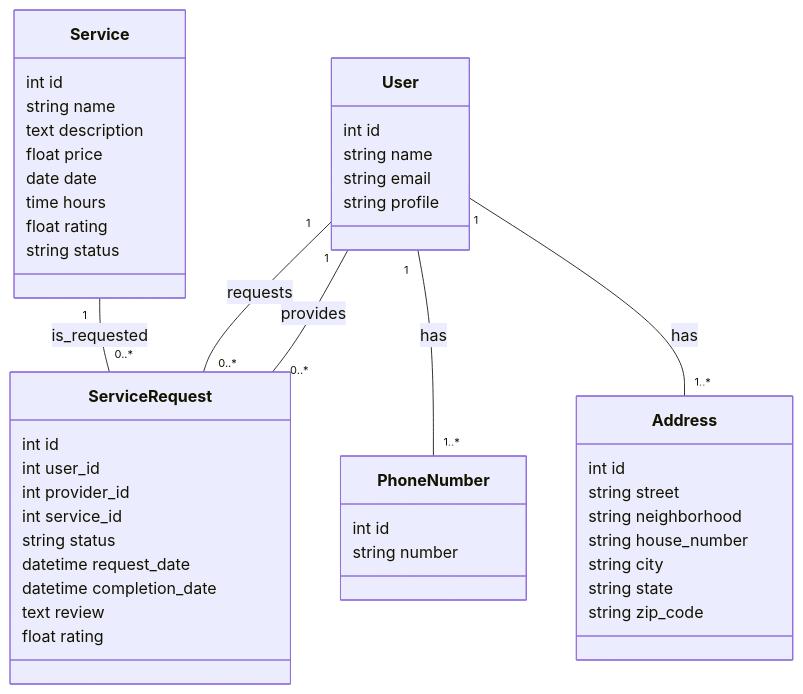
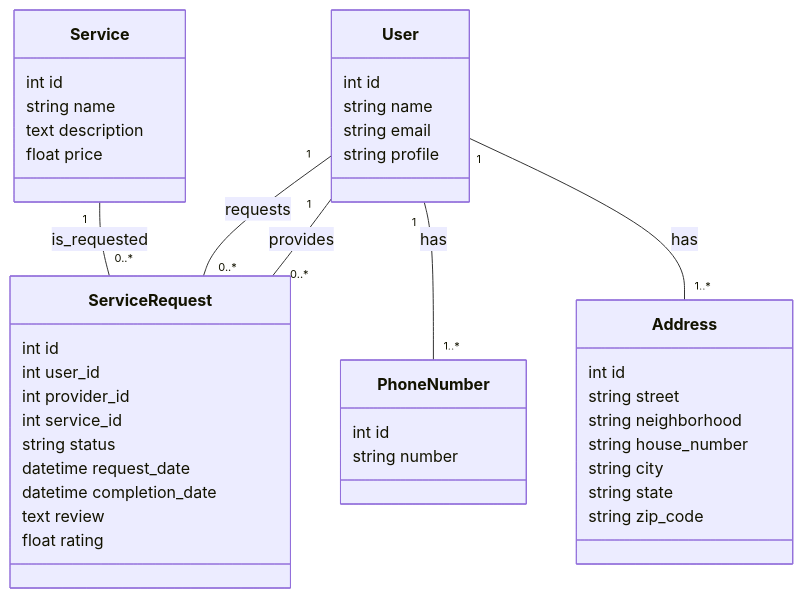
The diagram in README.md (Luisf66/Services_Py-Django), drawn with Mermaid before and after one commit. The commit also changed 2 other files, not shown here.

Commit message:
fix: correction in model and service scheme

````diff
--- a/README.md
+++ b/README.md
@@ -15,53 +15,49 @@
 ```mermaid
 classDiagram
 class Service {
         int id
         string name
         text description
         float price
-        date date
-        time hours
-        float rating
-        string status
     }
 
     class User {
         int id
         string name
         string email
         string profile
     }
     
     class PhoneNumber {
         int id
         string number
     }
     
     class Address {
         int id
         string street
         string neighborhood
         string house_number
         string city
         string state
         string zip_code
     }
 
     class ServiceRequest {
         int id
         int user_id
         int provider_id
         int service_id
         string status
         datetime request_date
         datetime completion_date
         text review
         float rating
     }
 
     User "1" -- "0..*" ServiceRequest : requests
     User "1" -- "0..*" ServiceRequest : provides
     Service "1" -- "0..*" ServiceRequest : is_requested
     User "1" -- "1..*" PhoneNumber : has
     User "1" -- "1..*" Address : has
 ```
````
